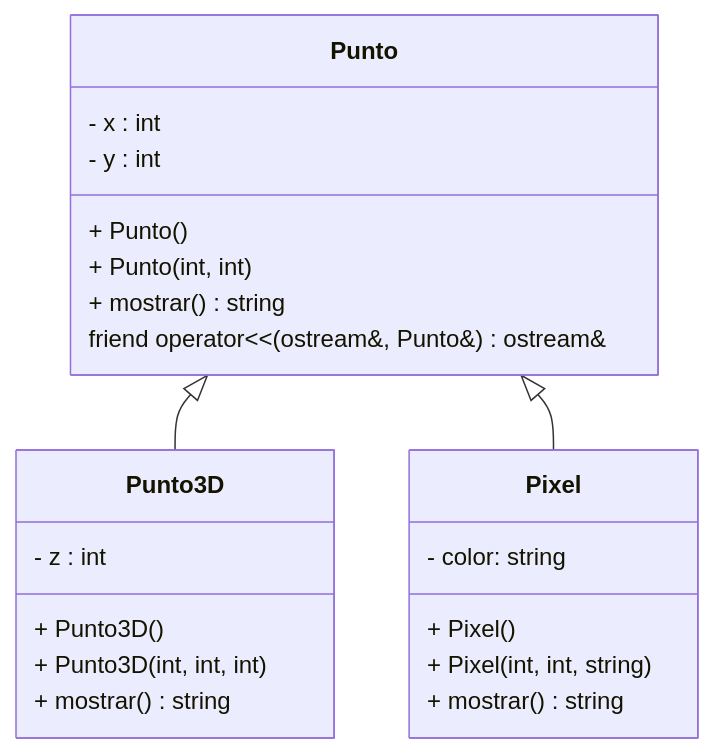
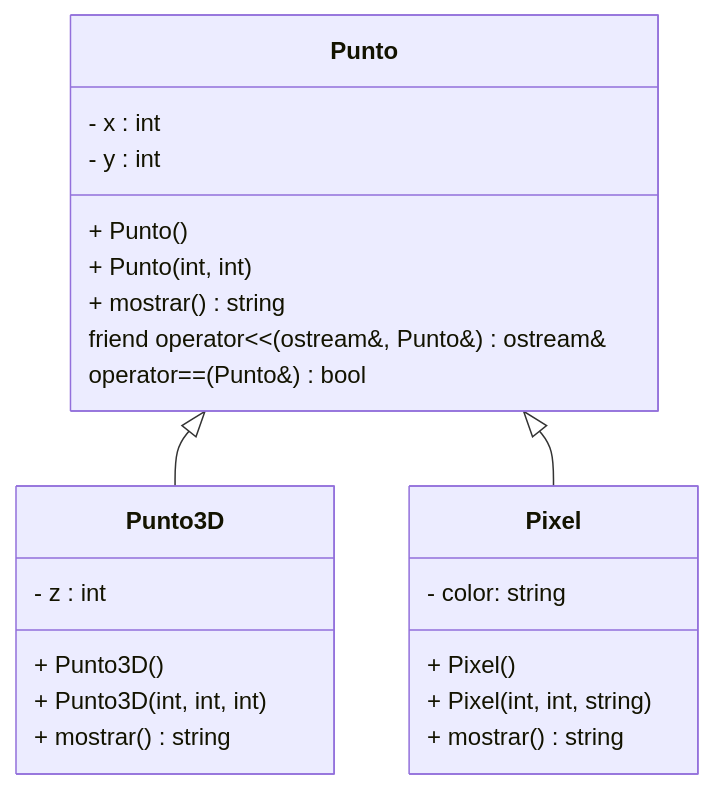
One commit to TC1030/Examen_Punto changed the diagram in README.md. Above: the diagram before and after it, drawn with Mermaid.

````diff
--- a/README.md
+++ b/README.md
@@ -10,27 +10,28 @@
 ```mermaid
 classDiagram
     Punto <|-- Punto3D
     Punto <|-- Pixel
       class Punto {
         - x : int
         - y : int
       }
       Punto: + Punto()
       Punto: + Punto(int, int)
       Punto: + mostrar() string
       Punto: friend operator<<(ostream&, Punto&) ostream&
+      Punto: operator==(Punto&) bool
     
     class Punto3D {
         - z : int
       }
         Punto3D: + Punto3D()
         Punto3D: + Punto3D(int, int, int)
         Punto3D: + mostrar() string
     
     class Pixel {
         - color: string
       }
         Pixel: + Pixel()
         Pixel: + Pixel(int, int, string)
         Pixel: + mostrar() string
 ```
````
